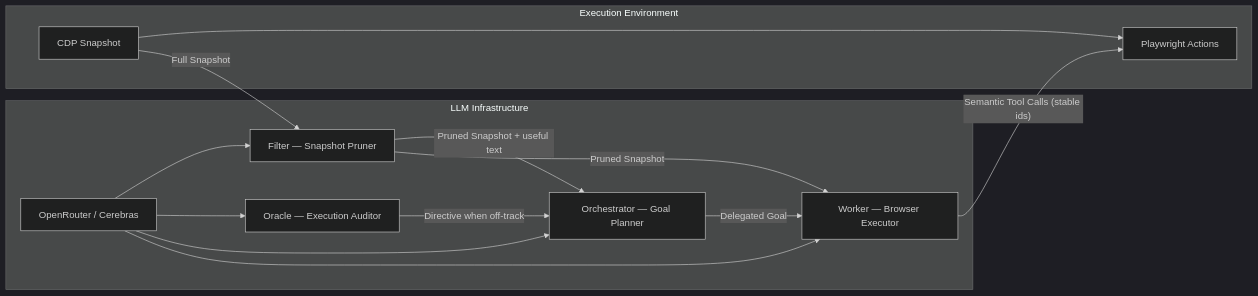
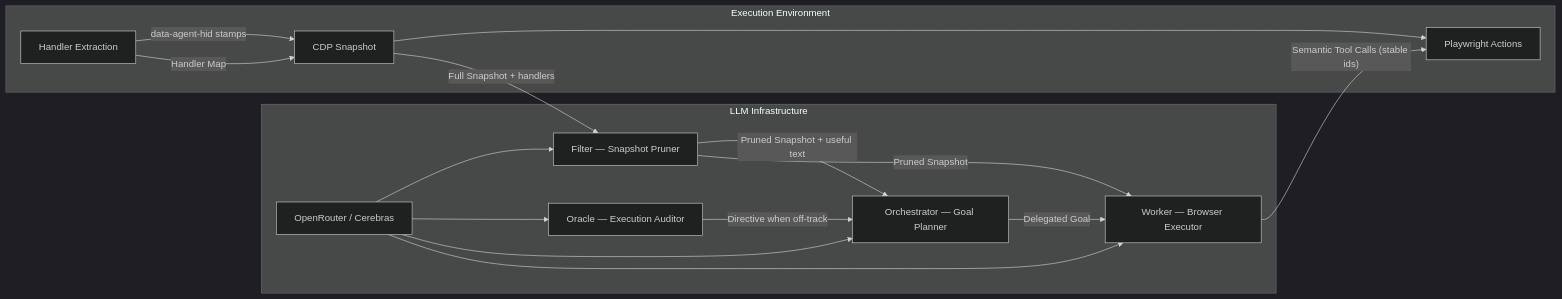
One commit to snehalyelmati/computer-use-perf changed the first of 2 diagrams in README.md. Above: the diagram before and after it, drawn with Mermaid (dark theme). The commit also changed other lines of this file and 9 other files, not shown here.

````diff
--- a/README.md
+++ b/README.md
@@ -9,27 +9,30 @@
 ```mermaid
 flowchart LR
     subgraph LLM[LLM Infrastructure]
         OR[OpenRouter / Cerebras]
         FILT[Filter — Snapshot Pruner]
         ORAC[Oracle — Execution Auditor]
         ORCH[Orchestrator — Goal Planner]
         WORK[Worker — Browser Executor]
         OR --> FILT
         OR --> ORAC
         OR --> ORCH
         OR --> WORK
     end
 
     subgraph Browser[Execution Environment]
+        HE[Handler Extraction]
         CDP[CDP Snapshot]
         PW[Playwright Actions]
+        HE -->|"data-agent-hid stamps"| CDP
         CDP --> PW
     end
 
-    CDP -->|Full Snapshot| FILT
+    HE -->|Handler Map| CDP
+    CDP -->|Full Snapshot + handlers| FILT
     FILT -->|Pruned Snapshot + useful text| ORCH
     ORAC -->|Directive when off-track| ORCH
     ORCH -->|Delegated Goal| WORK
     FILT -->|Pruned Snapshot| WORK
     WORK -->|"Semantic Tool Calls (stable ids)"| PW
 ```
````
